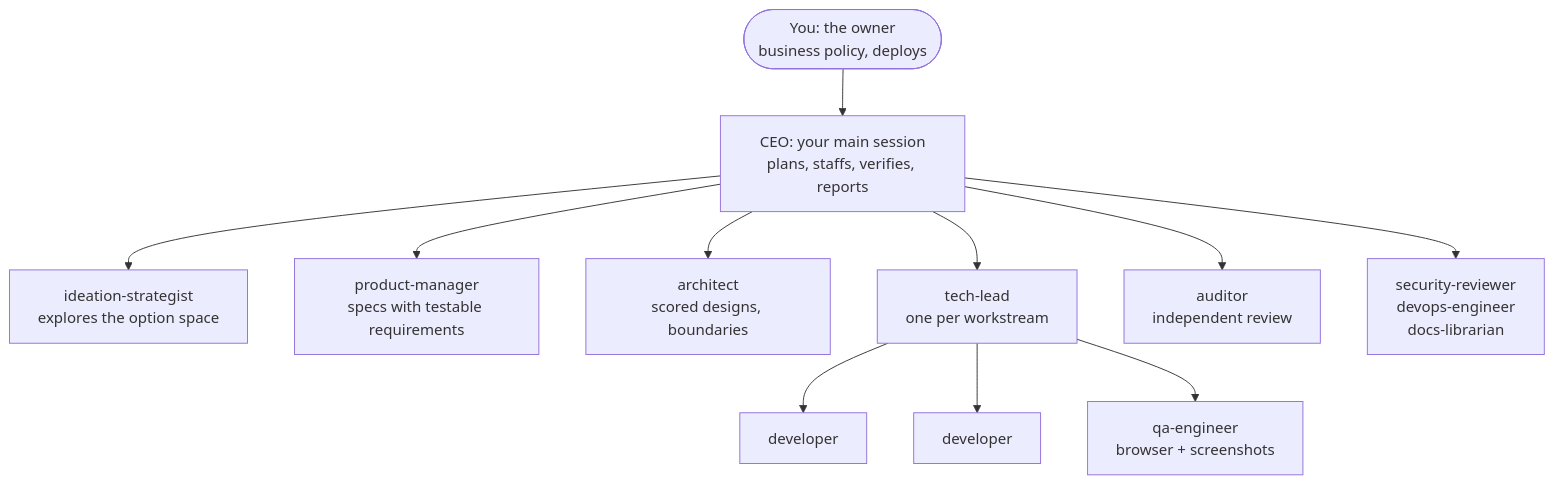
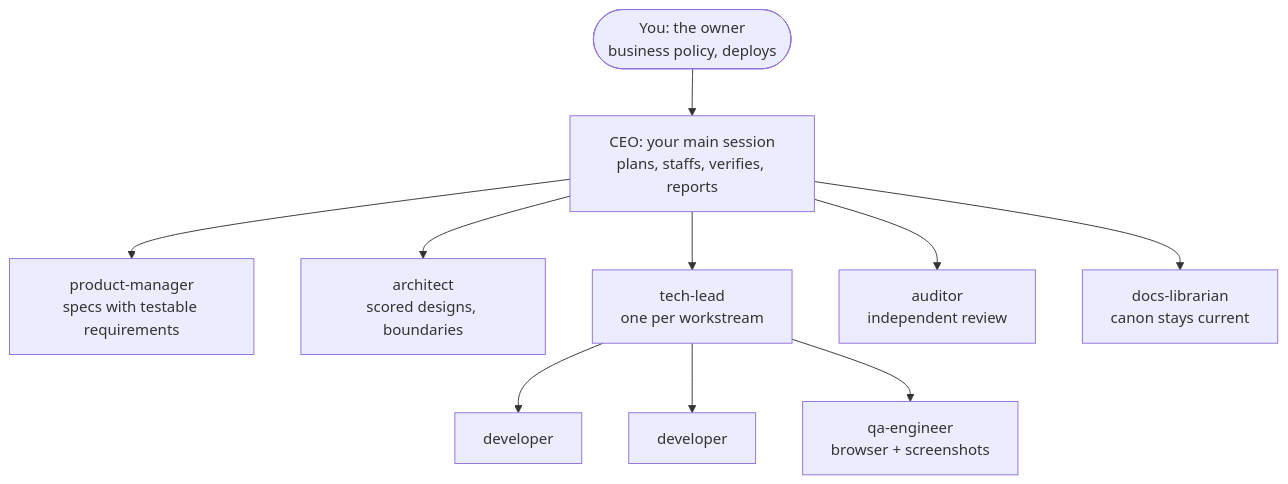
The second of 2 diagrams in README.md (devmesh-in/claude-company), drawn with Mermaid before and after one commit. The commit also changed other lines of this file and 91 other files, not shown here.

````diff
--- a/README.md
+++ b/README.md
@@ -120,13 +118,12 @@
 ```mermaid
 flowchart TD
     YOU(["You: the owner<br>business policy, deploys"]) --> CEO["CEO: your main session<br>plans, staffs, verifies, reports"]
-    CEO --> IS["ideation-strategist<br>explores the option space"]
     CEO --> PM["product-manager<br>specs with testable requirements"]
     CEO --> AR["architect<br>scored designs, boundaries"]
     CEO --> TL["tech-lead<br>one per workstream"]
     CEO --> AU["auditor<br>independent review"]
-    CEO --> ST["security-reviewer<br>devops-engineer<br>docs-librarian"]
+    CEO --> DL["docs-librarian<br>canon stays current"]
     TL --> D1["developer"]
     TL --> D2["developer"]
     TL --> QA["qa-engineer<br>browser + screenshots"]
 ```
````
